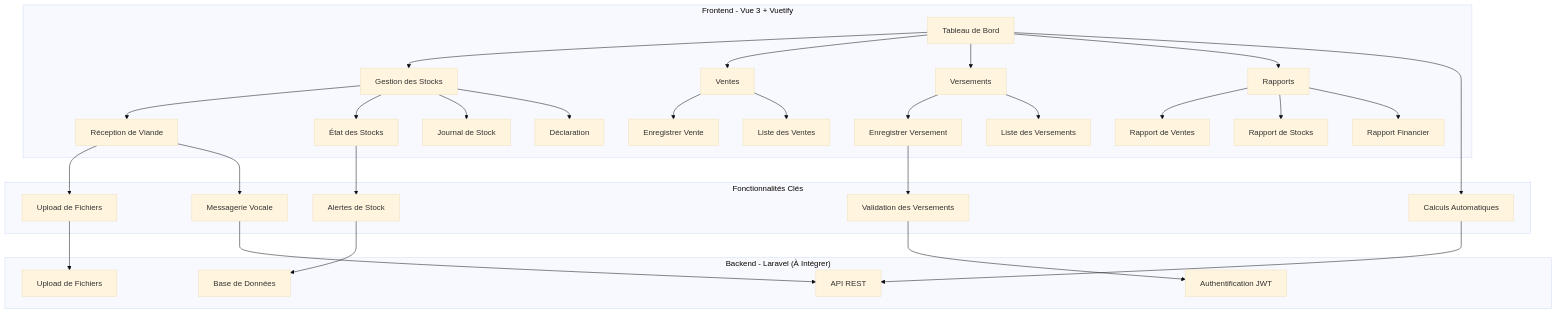
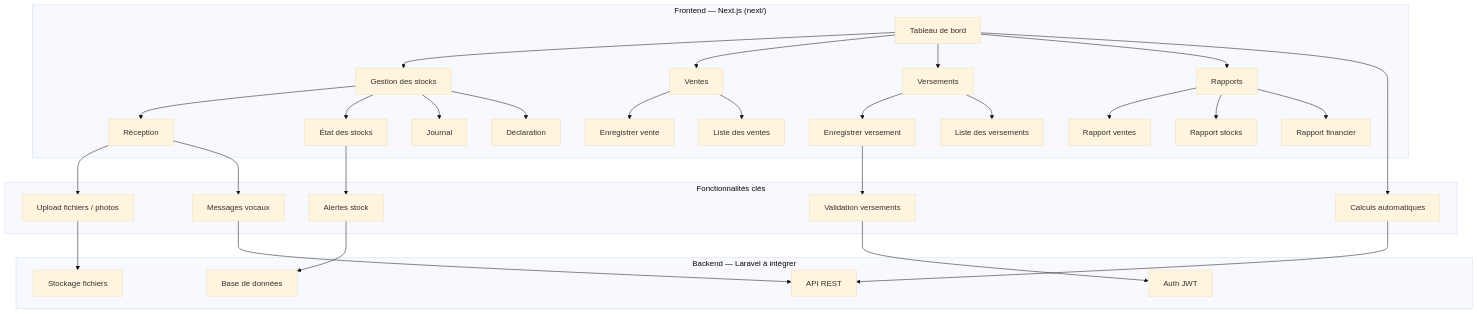
Before and after one commit to inno1000/MeatMaster-frontend: the first of 3 diagrams in ARCHITECTURE.md, drawn with Mermaid (base theme). The commit also changed other lines of this file and 161 other files, not shown here.

````diff
--- a/ARCHITECTURE.md
+++ b/ARCHITECTURE.md
@@ -5,51 +8,51 @@
 ```mermaid
 graph TB
-    subgraph "Frontend - Vue 3 + Vuetify"
-        A[Tableau de Bord] --> B[Gestion des Stocks]
+    subgraph "Frontend — Next.js (next/)"
+        A[Tableau de bord] --> B[Gestion des stocks]
         A --> C[Ventes]
         A --> D[Versements]
         A --> E[Rapports]
-        
-        B --> B1[Réception de Viande]
-        B --> B2[État des Stocks]
-        B --> B3[Journal de Stock]
+
+        B --> B1[Réception]
+        B --> B2[État des stocks]
+        B --> B3[Journal]
         B --> B4[Déclaration]
-        
-        C --> C1[Enregistrer Vente]
-        C --> C2[Liste des Ventes]
-        
-        D --> D1[Enregistrer Versement]
-        D --> D2[Liste des Versements]
-        
-        E --> E1[Rapport de Ventes]
-        E --> E2[Rapport de Stocks]
-        E --> E3[Rapport Financier]
+
+        C --> C1[Enregistrer vente]
+        C --> C2[Liste des ventes]
+
+        D --> D1[Enregistrer versement]
+        D --> D2[Liste des versements]
+
+        E --> E1[Rapport ventes]
+        E --> E2[Rapport stocks]
+        E --> E3[Rapport financier]
     end
-    
-    subgraph "Fonctionnalités Clés"
-        F[Calculs Automatiques]
-        G[Upload de Fichiers]
-        H[Messagerie Vocale]
-        I[Alertes de Stock]
-        J[Validation des Versements]
+
+    subgraph "Fonctionnalités clés"
+        F[Calculs automatiques]
+        G[Upload fichiers / photos]
+        H[Messages vocaux]
+        I[Alertes stock]
+        J[Validation versements]
     end
-    
-    subgraph "Backend - Laravel (À Intégrer)"
+
+    subgraph "Backend — Laravel à intégrer"
         K[API REST]
-        L[Base de Données]
-        M[Upload de Fichiers]
-        N[Authentification JWT]
+        L[Base de données]
+        M[Stockage fichiers]
+        N[Auth JWT]
     end
-    
+
     A --> F
     B1 --> G
     B1 --> H
     B2 --> I
     D1 --> J
-    
+
     F --> K
     G --> M
     H --> K
     I --> L
     J --> N
 ```
````
